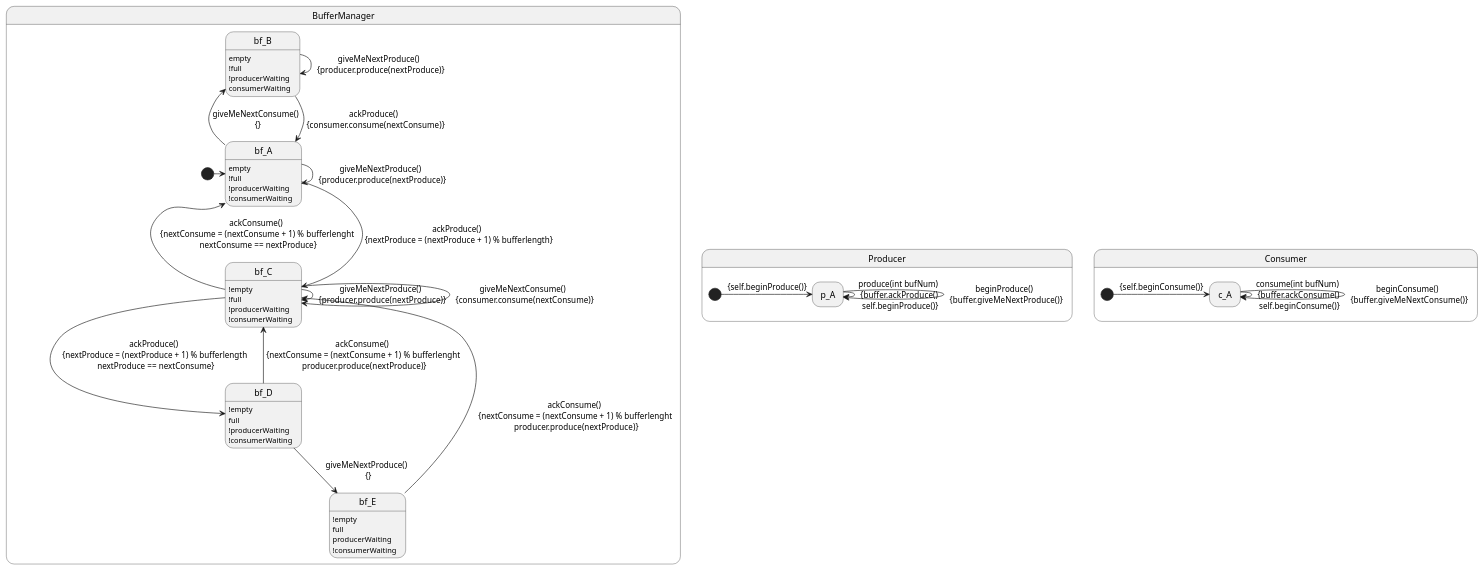
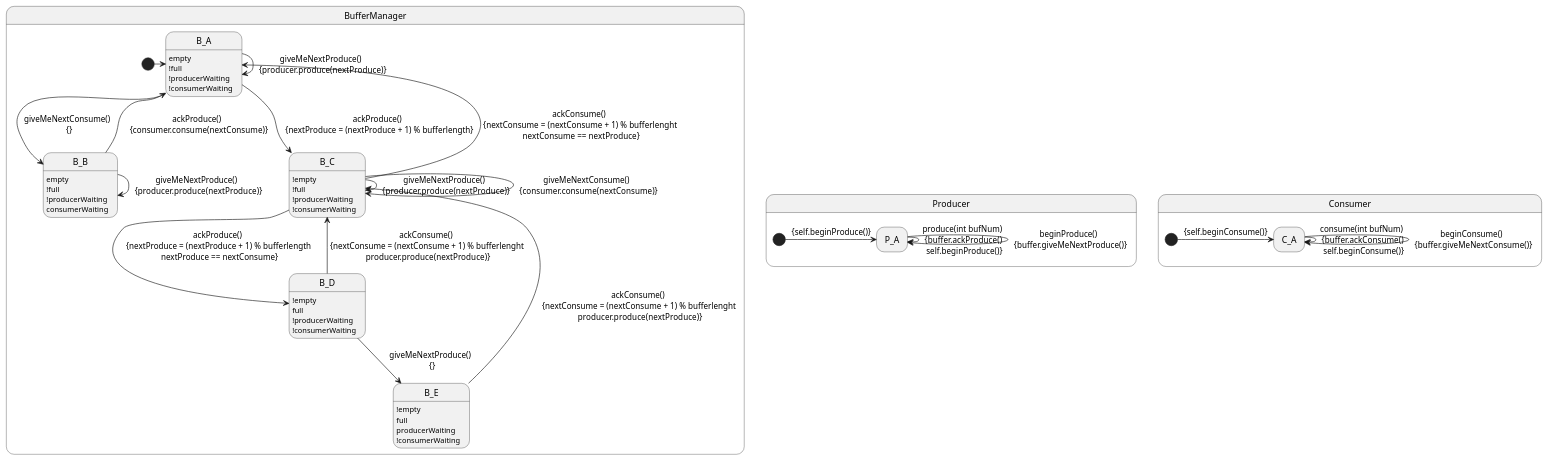
One commit to gnowin/UML-To-Rebecca-Dataset changed the diagram in ModelTranslations/ProducerConsumer/ProducerConsumer.plantuml. Above: the diagram before and after it, drawn with PlantUML. The commit also changed 4 other files, not shown here.

```diff
--- a/ModelTranslations/ProducerConsumer/ProducerConsumer.plantuml
+++ b/ModelTranslations/ProducerConsumer/ProducerConsumer.plantuml
@@ -1,71 +1,71 @@
 @startuml
 
 hide empty description
 
 state BufferManager {
-    state bf_A : empty
-    state bf_A : !full
-    state bf_A : !producerWaiting
-    state bf_A : !consumerWaiting
+    state B_A : empty
+    state B_A : !full
+    state B_A : !producerWaiting
+    state B_A : !consumerWaiting
 
-    state bf_B : empty
-    state bf_B : !full
-    state bf_B : !producerWaiting
-    state bf_B : consumerWaiting
+    state B_B : empty
+    state B_B : !full
+    state B_B : !producerWaiting
+    state B_B : consumerWaiting
 
-    state bf_C : !empty
-    state bf_C : !full
-    state bf_C : !producerWaiting
-    state bf_C : !consumerWaiting
+    state B_C : !empty
+    state B_C : !full
+    state B_C : !producerWaiting
+    state B_C : !consumerWaiting
 
-    state bf_D : !empty
-    state bf_D : full
-    state bf_D : !producerWaiting
-    state bf_D : !consumerWaiting
+    state B_D : !empty
+    state B_D : full
+    state B_D : !producerWaiting
+    state B_D : !consumerWaiting
 
-    state bf_E : !empty
-    state bf_E : full
-    state bf_E : producerWaiting
-    state bf_E : !consumerWaiting
+    state B_E : !empty
+    state B_E : full
+    state B_E : producerWaiting
+    state B_E : !consumerWaiting
 
     
-    [*] -> bf_A
+    [*] -> B_A
 
-    bf_A -> bf_A : giveMeNextProduce() \n {producer.produce(nextProduce)}
+    B_A -> B_A : giveMeNextProduce() \n {producer.produce(nextProduce)}
 
-    bf_A -up-> bf_B : giveMeNextConsume() \n {}
-    bf_B -down-> bf_A : ackProduce() \n {consumer.consume(nextConsume)}
+    B_A --> B_B : giveMeNextConsume() \n {}
+    B_B --> B_A : ackProduce() \n {consumer.consume(nextConsume)}
    
-    bf_B -> bf_B : giveMeNextProduce() \n {producer.produce(nextProduce)}
+    B_B -> B_B : giveMeNextProduce() \n {producer.produce(nextProduce)}
 
-    bf_A --> bf_C : ackProduce() \n {nextProduce = (nextProduce + 1) % bufferlength}
-    bf_C -left-> bf_A : ackConsume() \n {nextConsume = (nextConsume + 1) % bufferlenght \n nextConsume == nextProduce}
+    B_A --> B_C : ackProduce() \n {nextProduce = (nextProduce + 1) % bufferlength}
+    B_C --> B_A : ackConsume() \n {nextConsume = (nextConsume + 1) % bufferlenght \n nextConsume == nextProduce}
 
-    bf_C -> bf_C : giveMeNextProduce() \n {producer.produce(nextProduce)}
-    bf_C -> bf_C : giveMeNextConsume() \n {consumer.consume(nextConsume)}
+    B_C -> B_C : giveMeNextProduce() \n {producer.produce(nextProduce)}
+    B_C -> B_C : giveMeNextConsume() \n {consumer.consume(nextConsume)}
 
-    bf_C --> bf_D : ackProduce() \n {nextProduce = (nextProduce + 1) % bufferlength \n nextProduce == nextConsume}
-    bf_D --> bf_C : ackConsume() \n {nextConsume = (nextConsume + 1) % bufferlenght \n producer.produce(nextProduce)}
+    B_C --> B_D : ackProduce() \n {nextProduce = (nextProduce + 1) % bufferlength \n nextProduce == nextConsume}
+    B_D --> B_C : ackConsume() \n {nextConsume = (nextConsume + 1) % bufferlenght \n producer.produce(nextProduce)}
 
-    bf_D --> bf_E : giveMeNextProduce() \n {}
-    bf_E --> bf_C : ackConsume() \n {nextConsume = (nextConsume + 1) % bufferlenght \n producer.produce(nextProduce)}
+    B_D --> B_E : giveMeNextProduce() \n {}
+    B_E --> B_C : ackConsume() \n {nextConsume = (nextConsume + 1) % bufferlenght \n producer.produce(nextProduce)}
 }
 
 state Producer{
 
-    state p_A
+    state P_A
 
-    [*] -> p_A : {self.beginProduce()}
-    p_A -> p_A : produce(int bufNum) \n {buffer.ackProduce() \n self.beginProduce()}
-    p_A -> p_A : beginProduce() \n {buffer.giveMeNextProduce()}
+    [*] -> P_A : {self.beginProduce()}
+    P_A -> P_A : produce(int bufNum) \n {buffer.ackProduce() \n self.beginProduce()}
+    P_A -> P_A : beginProduce() \n {buffer.giveMeNextProduce()}
 }
 
 state Consumer{
-    state c_A
+    state C_A
 
-    [*] -> c_A : {self.beginConsume()}
-    c_A -> c_A : consume(int bufNum) \n {buffer.ackConsume() \n self.beginConsume()}
-    c_A -> c_A : beginConsume() \n {buffer.giveMeNextConsume()}
+    [*] -> C_A : {self.beginConsume()}
+    C_A -> C_A : consume(int bufNum) \n {buffer.ackConsume() \n self.beginConsume()}
+    C_A -> C_A : beginConsume() \n {buffer.giveMeNextConsume()}
 }
 
 @enduml
```
